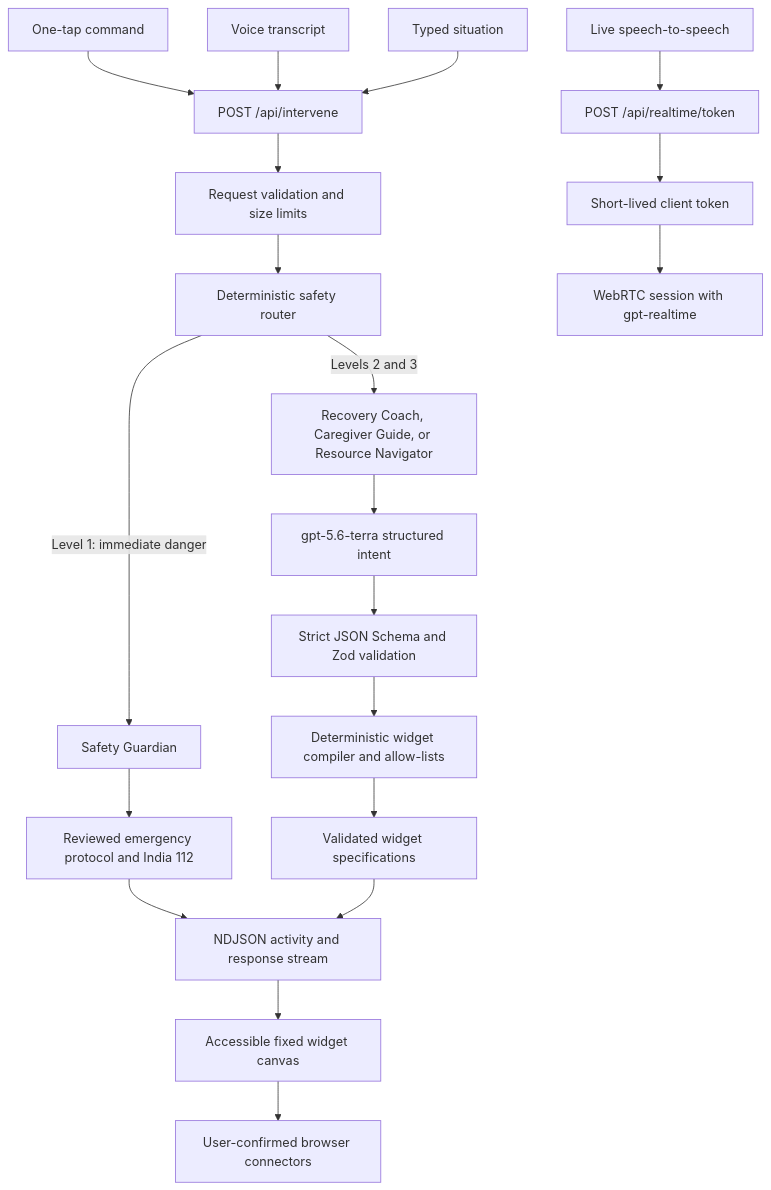
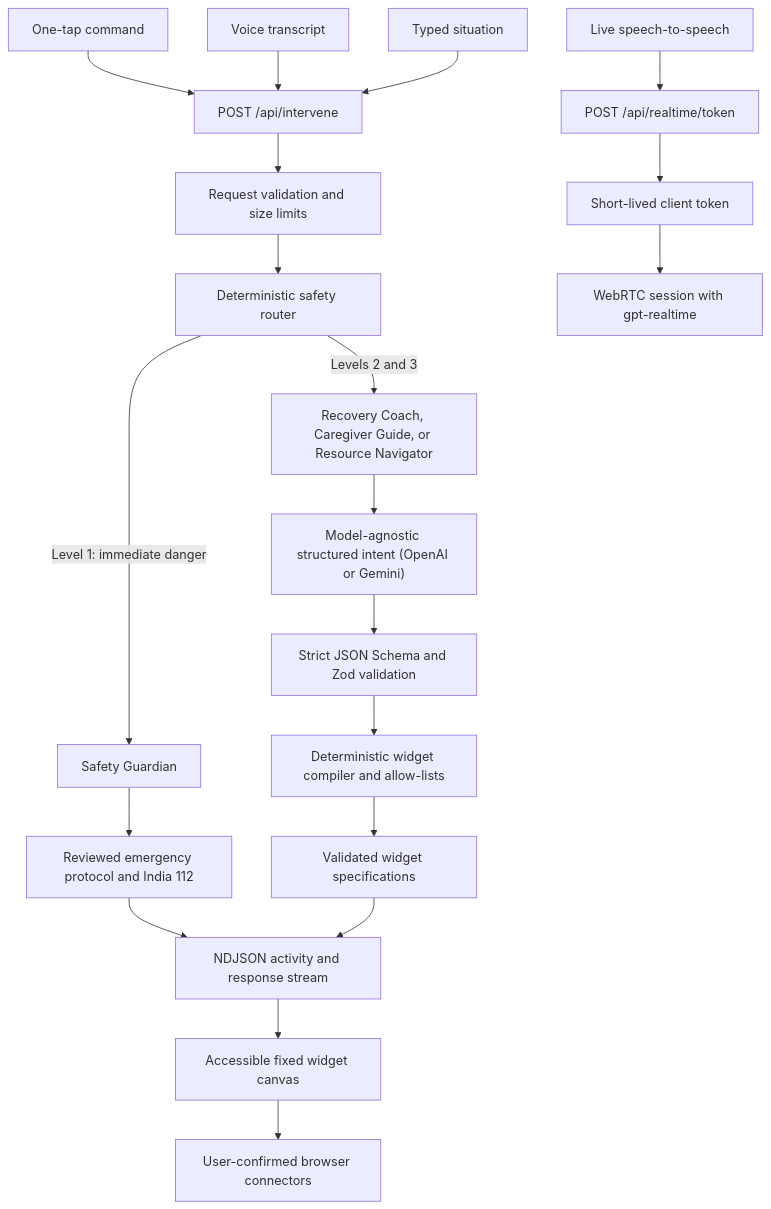
One commit to tsathya98/promptwars-chennai-2026 changed the diagram in README.md. Above: the diagram before and after it, drawn with Mermaid. The commit also changed other lines of this file and 13 other files, not shown here.

First line of the commit message:
feat: voice-driven dynamic layout (Realtime screen tools) + model-agnostic provider layer

````diff
--- a/README.md
+++ b/README.md
@@ -119,27 +119,27 @@
 ```mermaid
 flowchart TB
     tap["One-tap command"] --> intervene["POST /api/intervene"]
     transcript["Voice transcript"] --> intervene
     text["Typed situation"] --> intervene
 
     intervene --> requestValidation["Request validation and size limits"]
     requestValidation --> safetyRouter["Deterministic safety router"]
 
     safetyRouter -->|"Level 1: immediate danger"| safetyGuardian["Safety Guardian"]
     safetyGuardian --> verifiedProtocol["Reviewed emergency protocol and India 112"]
 
     safetyRouter -->|"Levels 2 and 3"| specialist["Recovery Coach, Caregiver Guide, or Resource Navigator"]
-    specialist --> model["gpt-5.6-terra structured intent"]
+    specialist --> model["Model-agnostic structured intent (OpenAI or Gemini)"]
     model --> schema["Strict JSON Schema and Zod validation"]
     schema --> compiler["Deterministic widget compiler and allow-lists"]
     compiler --> validatedWidgets["Validated widget specifications"]
 
     verifiedProtocol --> stream["NDJSON activity and response stream"]
     validatedWidgets --> stream
     stream --> canvas["Accessible fixed widget canvas"]
     canvas --> connectors["User-confirmed browser connectors"]
 
     liveVoice["Live speech-to-speech"] --> token["POST /api/realtime/token"]
     token --> ephemeral["Short-lived client token"]
     ephemeral --> realtime["WebRTC session with gpt-realtime"]
 ```
````
